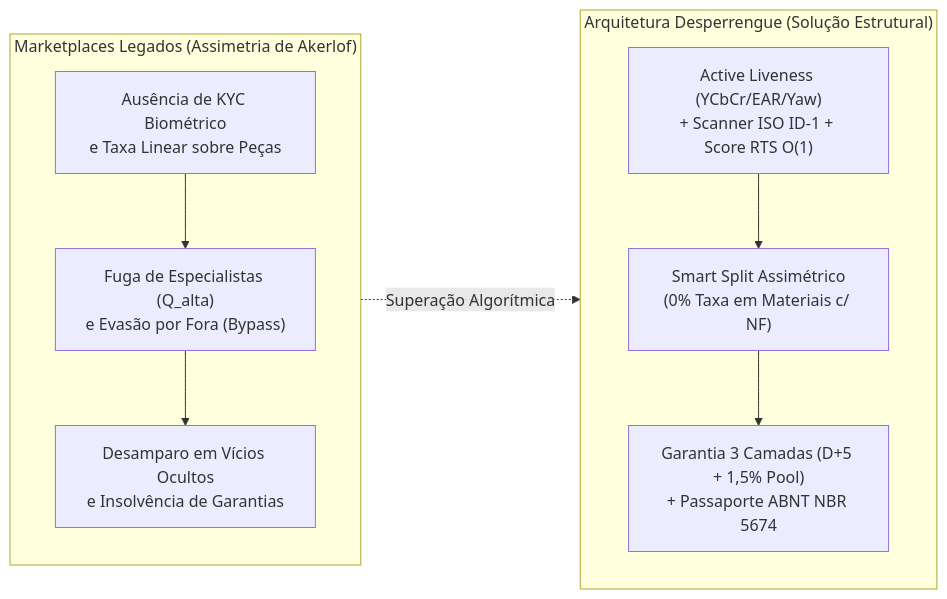
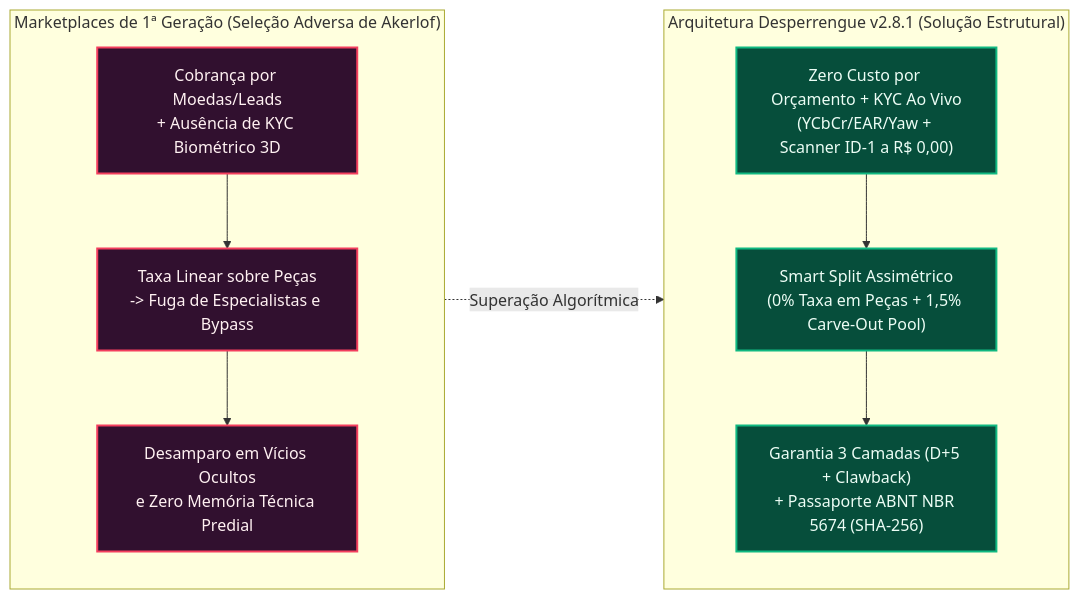
The diagram in docs/Documento de Contexto.md (WagnerxOliveira/DesperrengueApp_TAI3), drawn with Mermaid before and after one commit. The commit also changed other lines of this file and 4 other files, not shown here.

````diff
--- a/docs/Documento de Contexto.md
+++ b/docs/Documento de Contexto.md
@@ -17,14 +20,17 @@
 ```mermaid
 flowchart LR
-    subgraph Legacy["Marketplaces Legados (Assimetria de Akerlof)"]
-        L1["Ausência de KYC Biométrico\ne Taxa Linear sobre Peças"] --> L2["Fuga de Especialistas (Q_alta)\ne Evasão por Fora (Bypass)"]
-        L2 --> L3["Desamparo em Vícios Ocultos\ne Insolvência de Garantias"]
+    classDef legacy fill:#31102F,stroke:#F43F5E,stroke-width:2px,color:#FFF1F2;
+    classDef desp fill:#064E3B,stroke:#10B981,stroke-width:2px,color:#ECFDF5;
+
+    subgraph Legacy["Marketplaces de 1ª Geração (Seleção Adversa de Akerlof)"]
+        L1["Cobrança por Moedas/Leads\n+ Ausência de KYC Biométrico 3D"]:::legacy --> L2["Taxa Linear sobre Peças\n-> Fuga de Especialistas e Bypass"]:::legacy
+        L2 --> L3["Desamparo em Vícios Ocultos\ne Zero Memória Técnica Predial"]:::legacy
     end
 
-    subgraph Desperrengue["Arquitetura Desperrengue (Solução Estrutural)"]
-        D1["Active Liveness (YCbCr/EAR/Yaw)\n+ Scanner ISO ID-1 + Score RTS O(1)"] --> D2["Smart Split Assimétrico\n(0% Taxa em Materiais c/ NF)"]
-        D2 --> D3["Garantia 3 Camadas (D+5 + 1,5% Pool)\n+ Passaporte ABNT NBR 5674"]
+    subgraph Desperrengue["Arquitetura Desperrengue v2.8.1 (Solução Estrutural)"]
+        D1["Zero Custo por Orçamento + KYC Ao Vivo\n(YCbCr/EAR/Yaw + Scanner ID-1 a R$ 0,00)"]:::desp --> D2["Smart Split Assimétrico\n(0% Taxa em Peças + 1,5% Carve-Out Pool)"]:::desp
+        D2 --> D3["Garantia 3 Camadas (D+5 + Clawback)\n+ Passaporte ABNT NBR 5674 (SHA-256)"]:::desp
     end
 
     Legacy -.->|"Superação Algorítmica"| Desperrengue
 ```
````
